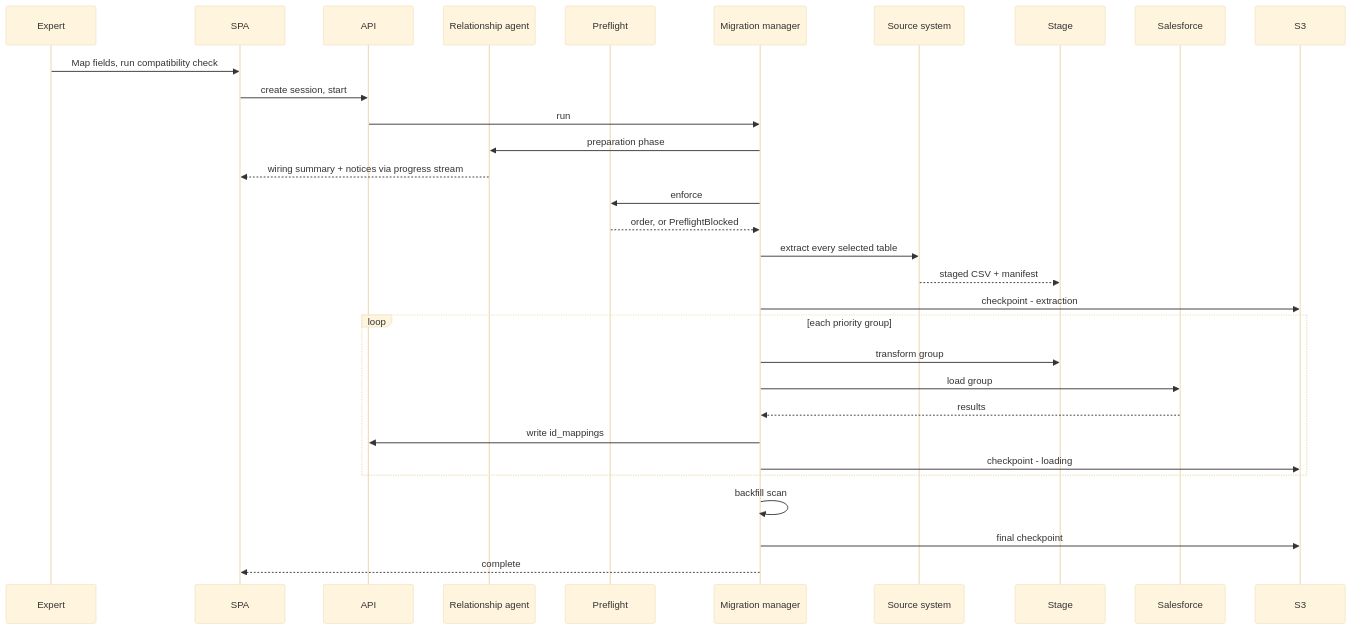
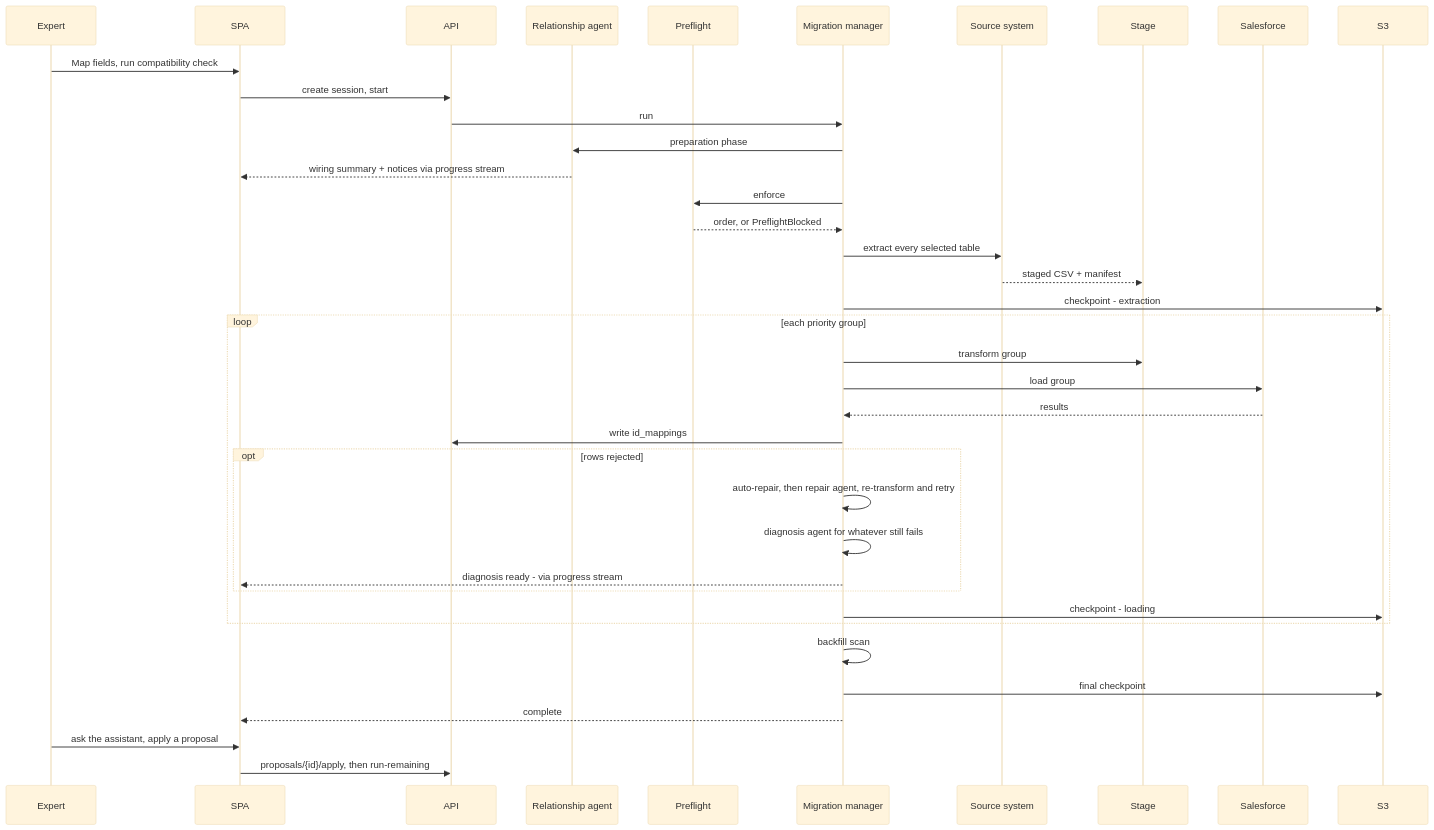
The tenth of 12 diagrams in docs/ARCHITECTURE.md (shahid-rawther/SF-Data-Migration-LLM), drawn with Mermaid (base theme) before and after one commit. The commit also changed other lines of this file and 57 other files, not shown here.

````diff
--- a/docs/ARCHITECTURE.md
+++ b/docs/ARCHITECTURE.md
@@ -542,34 +799,41 @@
 ```mermaid
 sequenceDiagram
   participant U as Expert
   participant UI as SPA
   participant API as API
   participant RA as Relationship agent
   participant PF as Preflight
   participant MM as Migration manager
   participant Src as Source system
   participant Stage as Stage
   participant SF as Salesforce
   participant S3 as S3
 
   U->>UI: Map fields, run compatibility check
   UI->>API: create session, start
   API->>MM: run
   MM->>RA: preparation phase
   RA-->>UI: wiring summary + notices via progress stream
   MM->>PF: enforce
   PF-->>MM: order, or PreflightBlocked
   MM->>Src: extract every selected table
   Src-->>Stage: staged CSV + manifest
   MM->>S3: checkpoint - extraction
   loop each priority group
     MM->>Stage: transform group
     MM->>SF: load group
     SF-->>MM: results
     MM->>API: write id_mappings
+    opt rows rejected
+      MM->>MM: auto-repair, then repair agent, re-transform and retry
+      MM->>MM: diagnosis agent for whatever still fails
+      MM-->>UI: diagnosis ready - via progress stream
+    end
     MM->>S3: checkpoint - loading
   end
   MM->>MM: backfill scan
   MM->>S3: final checkpoint
   MM-->>UI: complete
+  U->>UI: ask the assistant, apply a proposal
+  UI->>API: proposals/{id}/apply, then run-remaining
 ```
````
